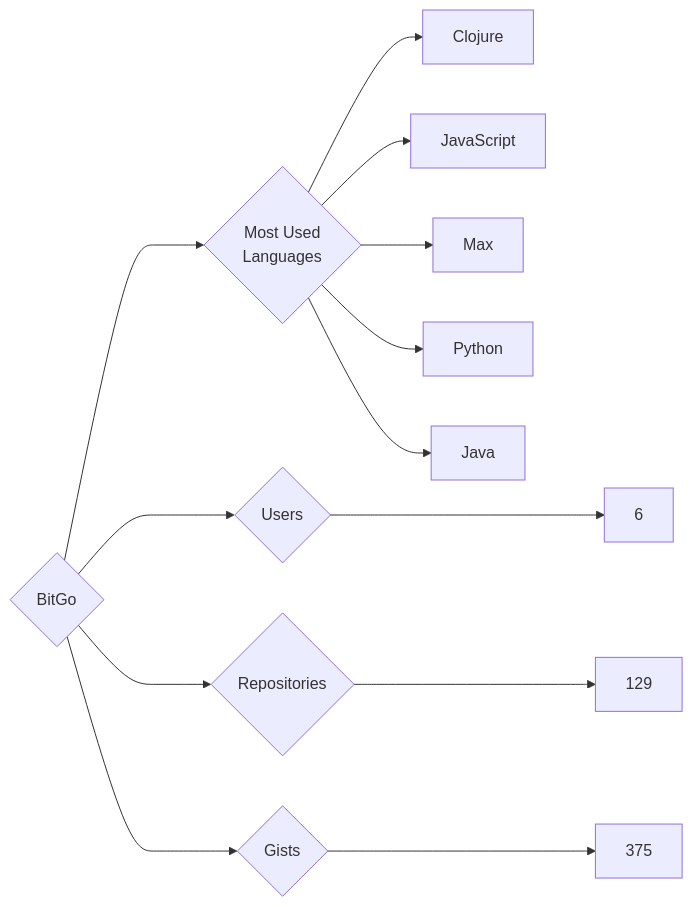
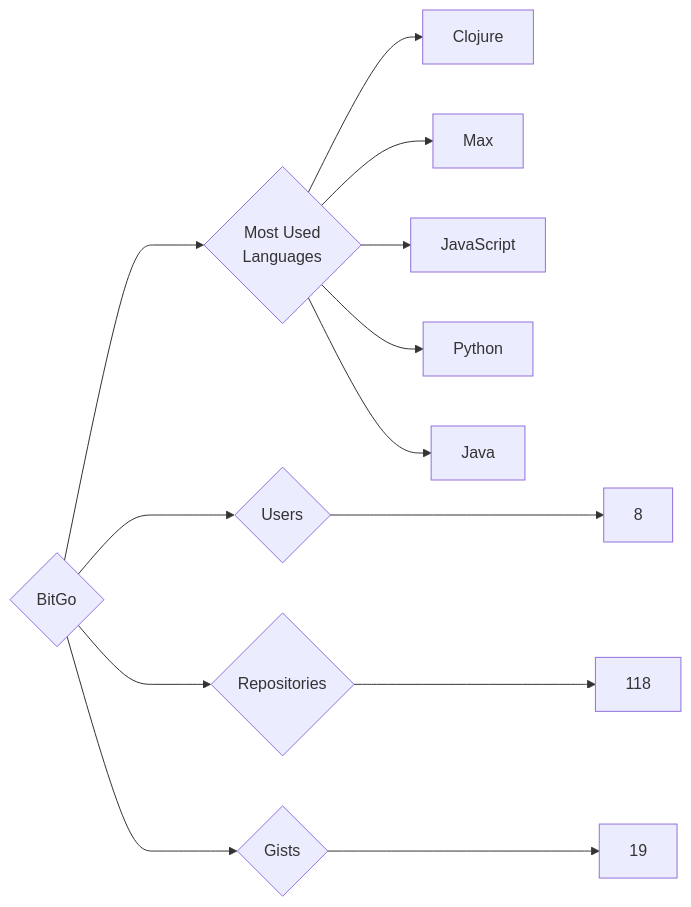
The diagram in targets/BitGo/README.md (trickest/insiders), drawn with Mermaid before and after one commit. The commit also changed 998 other files, not shown here.

````diff
--- a/targets/BitGo/README.md
+++ b/targets/BitGo/README.md
@@ -3,13 +3,13 @@
 ```mermaid
 graph LR
 COMPANY_NAME{BitGo}
-COMPANY_NAME ---> U{Users} ---> UN[6]
-COMPANY_NAME ---> R{Repositories} ---> RN[129]
-COMPANY_NAME ---> G{Gists} ---> GN[375]
+COMPANY_NAME ---> U{Users} ---> UN[8]
+COMPANY_NAME ---> R{Repositories} ---> RN[118]
+COMPANY_NAME ---> G{Gists} ---> GN[19]
 COMPANY_NAME ---> ML{Most Used<br>Languages}
 ML --> Clojure[Clojure]
+ML --> Max[Max]
 ML --> JavaScript[JavaScript]
-ML --> Max[Max]
 ML --> Python[Python]
 ML --> Java[Java]
 ```
````
